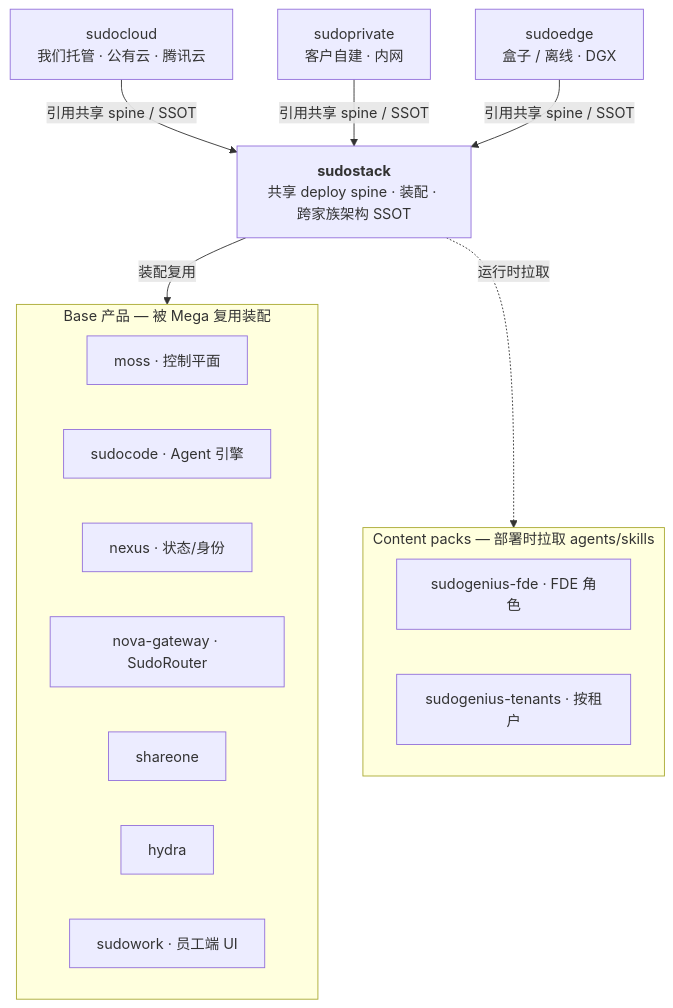
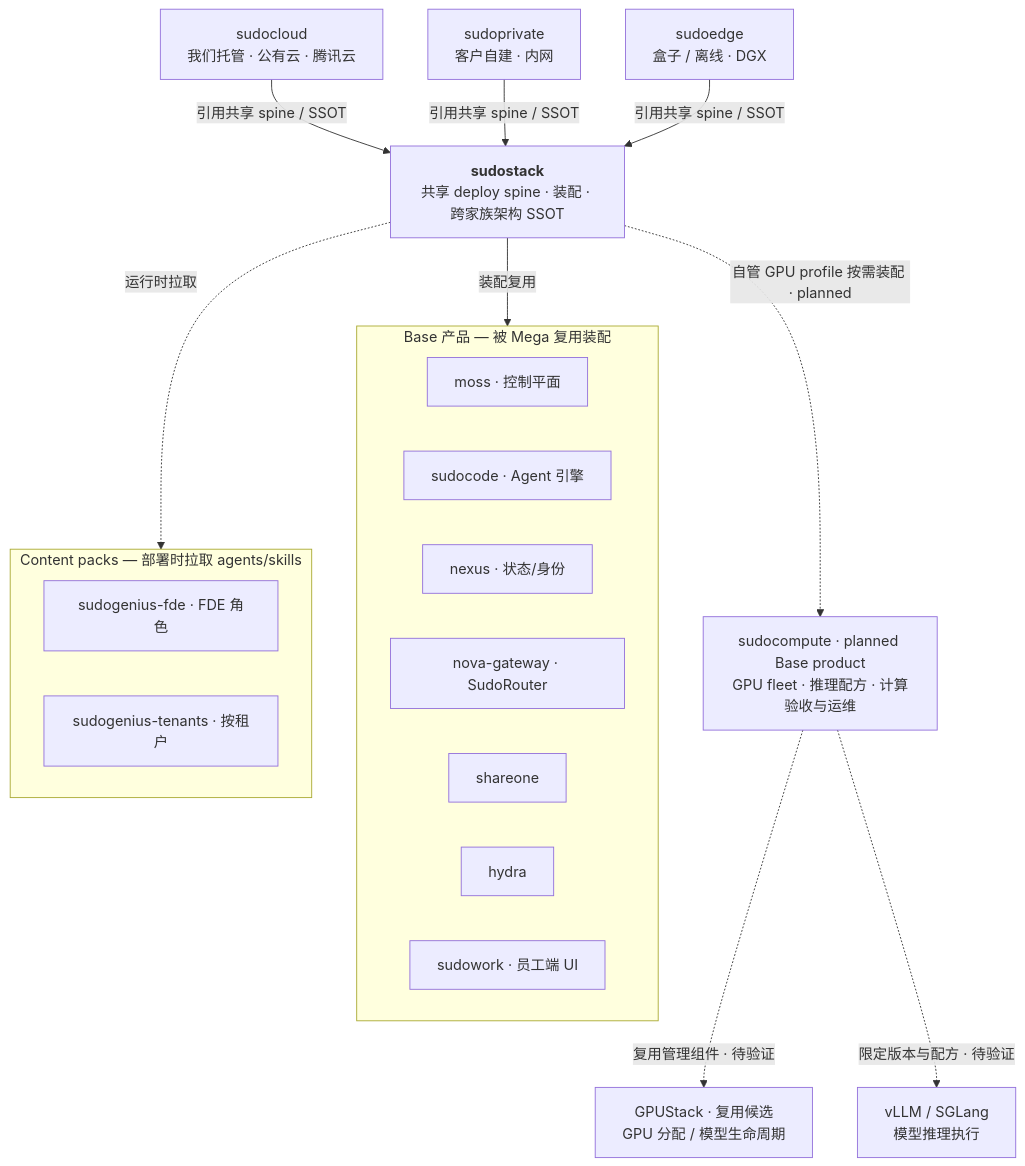
The third of 4 diagrams in README.md (sudoprivacy/sudostack), drawn with Mermaid before and after one commit. The commit also changed other lines of this file and 7 other files, not shown here.

Commit message:
docs: connect optional SudoCompute GPU and inference integration

````diff
--- a/README.md
+++ b/README.md
@@ -172,31 +172,37 @@
 ```mermaid
 flowchart TB
   CLOUD["sudocloud<br/>我们托管 · 公有云 · 腾讯云"]
   PRIVATE["sudoprivate<br/>客户自建 · 内网"]
   EDGE["sudoedge<br/>盒子 / 离线 · DGX"]
 
   STACK["<b>sudostack</b><br/>共享 deploy spine · 装配 · 跨家族架构 SSOT"]
+  COMPUTE["sudocompute · planned Base product<br/>GPU fleet · 推理配方 · 计算验收与运维"]
+  GPUSTACK["GPUStack · 复用候选<br/>GPU 分配 / 模型生命周期"]
+  INFERENCE["vLLM / SGLang<br/>模型推理执行"]
 
   subgraph BASE["Base 产品 — 被 Mega 复用装配"]
     direction LR
     MOSS["moss · 控制平面"]
     SCODE["sudocode · Agent 引擎"]
     NEXUS["nexus · 状态/身份"]
     ROUTER["nova-gateway · SudoRouter"]
     SHARE["shareone"]
     HYDRA["hydra"]
     SW["sudowork · 员工端 UI"]
   end
 
   subgraph PACKS["Content packs — 部署时拉取 agents/skills"]
     direction LR
     FDE["sudogenius-fde · FDE 角色"]
     TEN["sudogenius-tenants · 按租户"]
   end
 
   CLOUD -->|引用共享 spine / SSOT| STACK
   PRIVATE -->|引用共享 spine / SSOT| STACK
   EDGE -->|引用共享 spine / SSOT| STACK
   STACK -->|装配复用| BASE
+  STACK -.->|自管 GPU profile 按需装配 · planned| COMPUTE
+  COMPUTE -.->|复用管理组件 · 待验证| GPUSTACK
+  COMPUTE -.->|限定版本与配方 · 待验证| INFERENCE
   STACK -.->|运行时拉取| PACKS
 ```
````
